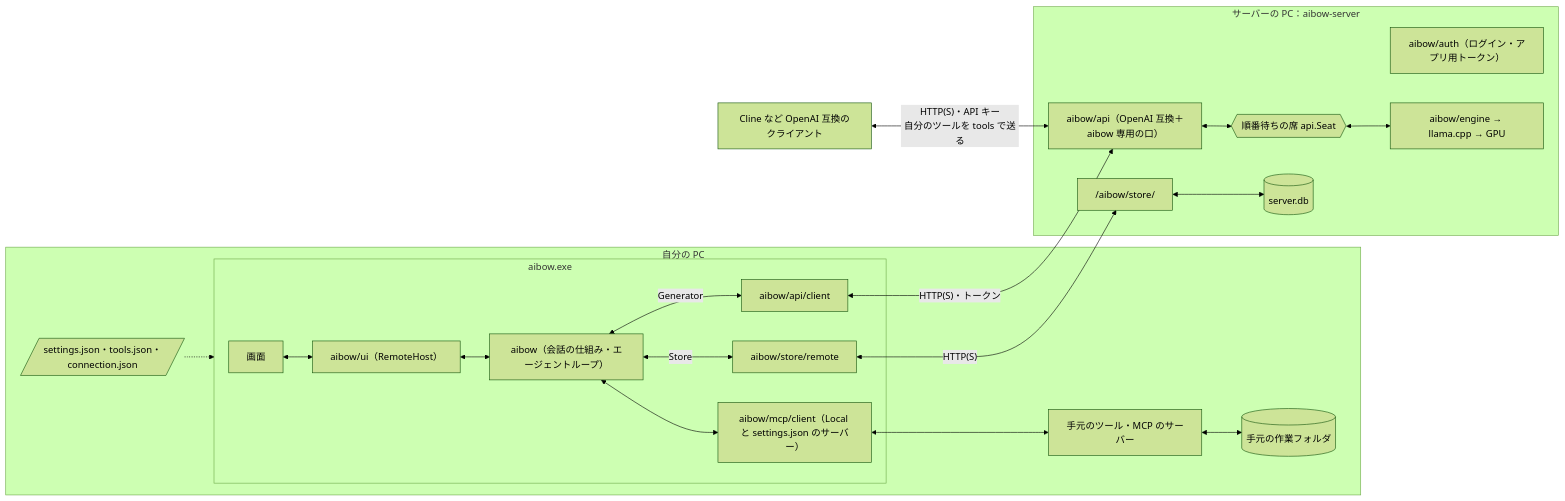
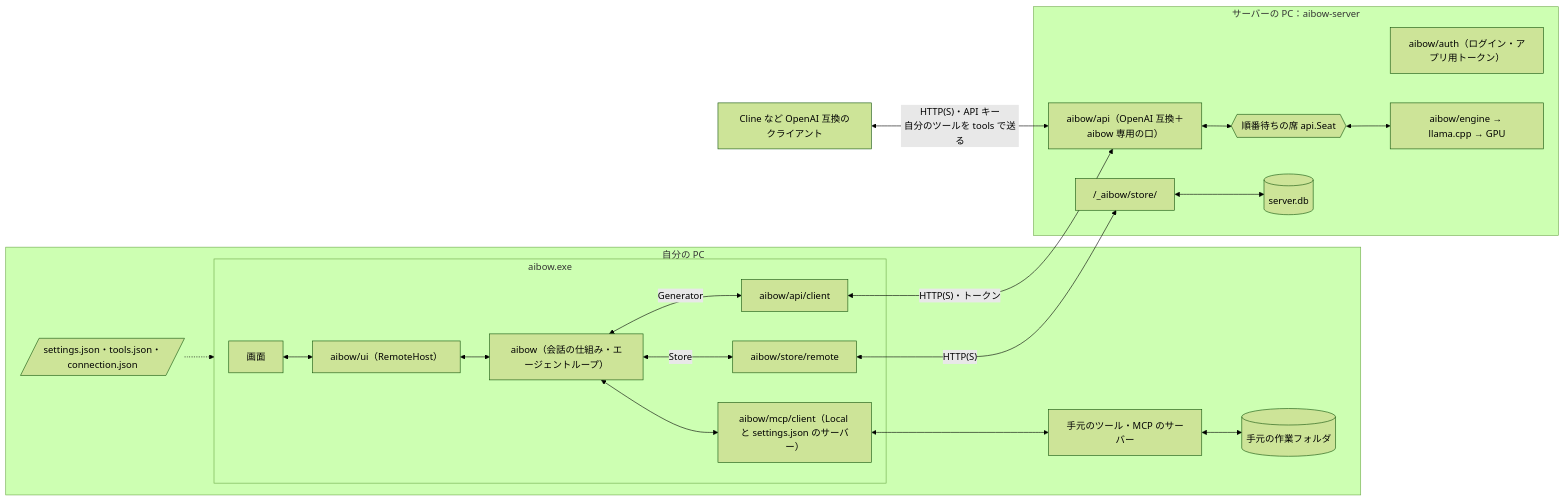
One commit to secondarykey/aibow changed the second of 7 diagrams in _docs/diagrams.md. Above: the diagram before and after it, drawn with Mermaid (forest theme). The commit also changed other lines of this file and 48 other files, not shown here.

````diff
--- a/_docs/diagrams.md
+++ b/_docs/diagrams.md
@@ -58,25 +58,25 @@
 ```mermaid
 flowchart LR
   subgraph PC["自分の PC"]
     subgraph APP["aibow.exe"]
       UI["画面"] <--> SVC["aibow/ui（RemoteHost）"]
       SVC <--> CONV["aibow（会話の仕組み・エージェントループ）"]
       CONV <--> MCPC["aibow/mcp/client（Local と settings.json のサーバー）"]
       CONV <-->|"Generator"| APIC["aibow/api/client"]
       CONV <-->|"Store"| SR["aibow/store/remote"]
     end
     MCPC <--> TOOLS["手元のツール・MCP のサーバー"]
     TOOLS <--> WD[("手元の作業フォルダ")]
     CFG[/"settings.json・tools.json・connection.json"/] -.-> APP
   end
 
   subgraph SRV["サーバーの PC：aibow-server"]
     AUTH["aibow/auth（ログイン・アプリ用トークン）"]
     API["aibow/api（OpenAI 互換＋aibow 専用の口）"] <--> SEAT{{"順番待ちの席 api.Seat"}} <--> ENG["aibow/engine → llama.cpp → GPU"]
-    STO["/aibow/store/"] <--> SDB[("server.db")]
+    STO["/_aibow/store/"] <--> SDB[("server.db")]
   end
 
   APIC <-->|"HTTP(S)・トークン"| API
   SR <-->|"HTTP(S)"| STO
   CLINE["Cline など OpenAI 互換のクライアント"] <-->|"HTTP(S)・API キー<br/>自分のツールを tools で送る"| API
 ```
````
